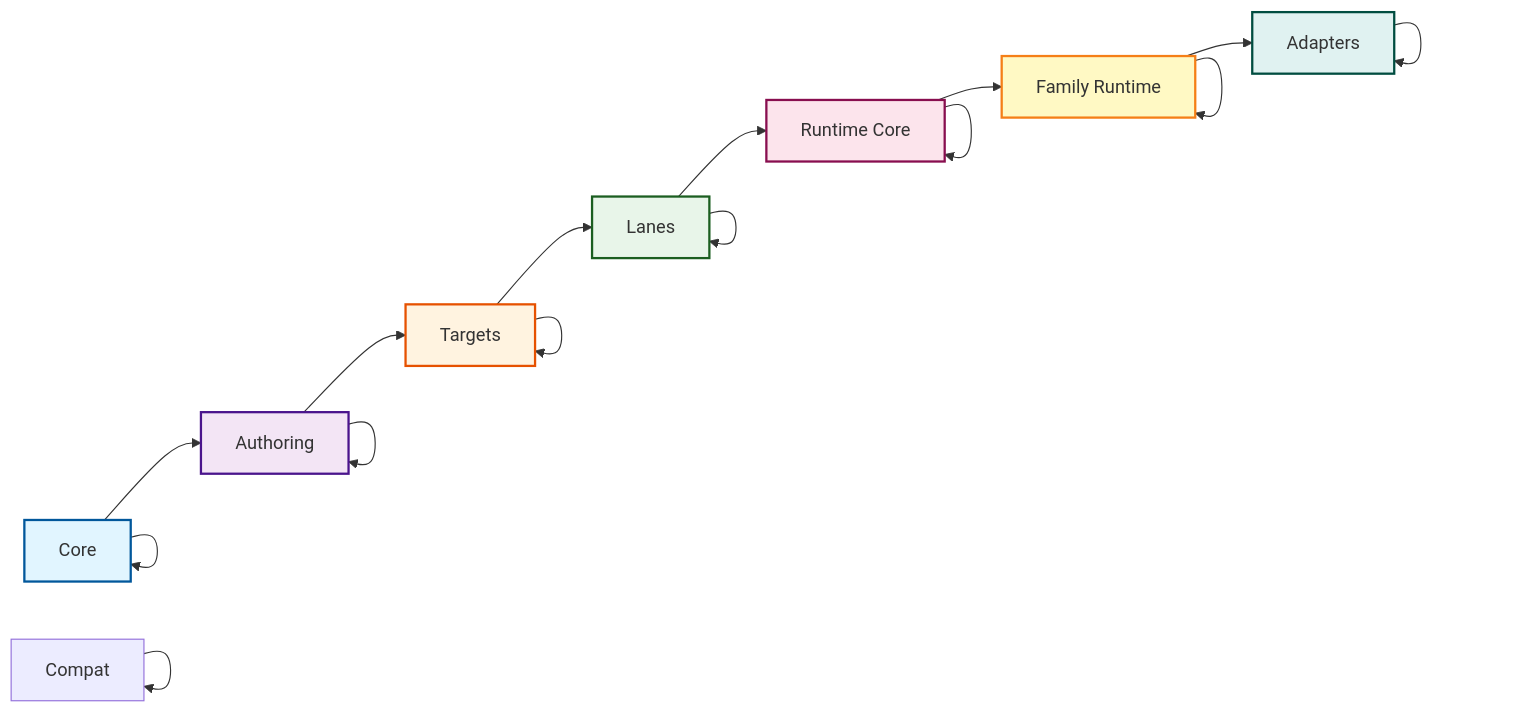
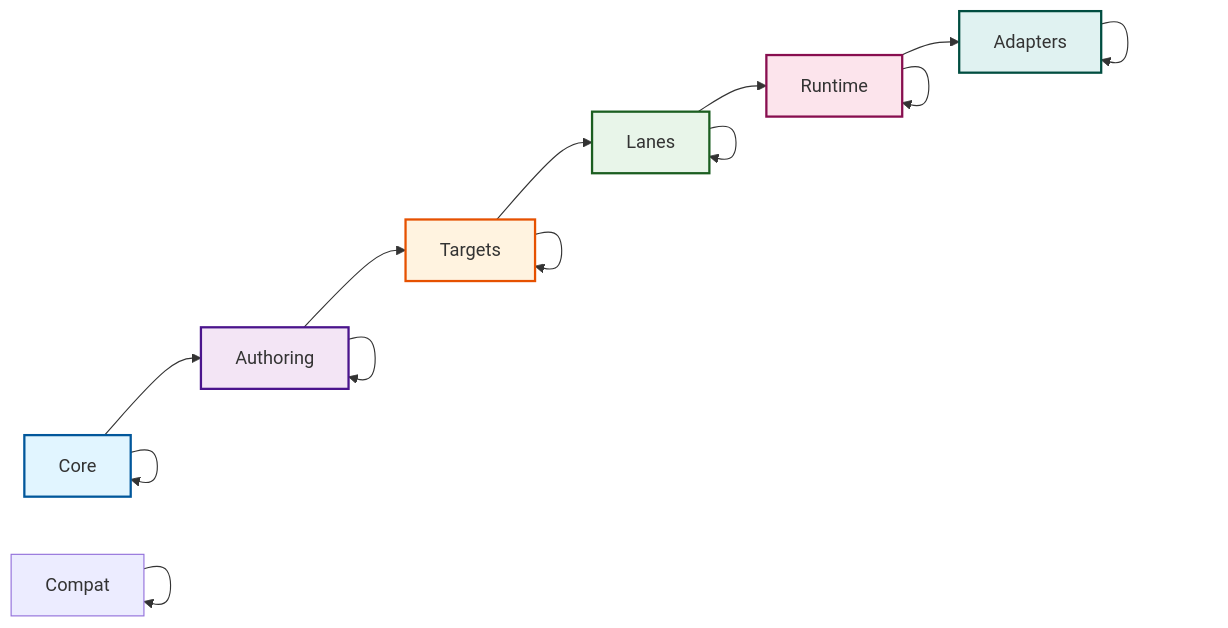
One commit to prisma/prisma-next changed the diagram in docs/architecture docs/Package-Layering.md. Above: the diagram before and after it, drawn with Mermaid. The commit also changed other lines of this file and 1 other file, not shown here.

First line of the commit message:
docs(layering): update Package-Layering and Package Naming Conventions for single-tier runtime

````diff
--- a/docs/architecture docs/Package-Layering.md
+++ b/docs/architecture docs/Package-Layering.md
@@ -188,27 +184,24 @@
 ```mermaid
 graph LR
   Core[Core] --> Authoring
   Authoring --> Targets
   Targets --> Lanes
-  Lanes --> RuntimeCore[Runtime Core]
-  RuntimeCore --> FamilyRuntime[Family Runtime]
-  FamilyRuntime --> Adapters
+  Lanes --> Runtime
+  Runtime --> Adapters
 
   %% lateral relationships (same ring) shown as loops
   Core --> Core
   Authoring --> Authoring
   Targets --> Targets
   Lanes --> Lanes
-  RuntimeCore --> RuntimeCore
-  FamilyRuntime --> FamilyRuntime
+  Runtime --> Runtime
   Adapters --> Adapters
   Compat --> Compat
 
   style Core fill:#e1f5ff,stroke:#01579b,stroke-width:2px
   style Authoring fill:#f3e5f5,stroke:#4a148c,stroke-width:2px
   style Targets fill:#fff3e0,stroke:#e65100,stroke-width:2px
   style Lanes fill:#e8f5e9,stroke:#1b5e20,stroke-width:2px
-  style RuntimeCore fill:#fce4ec,stroke:#880e4f,stroke-width:2px
-  style FamilyRuntime fill:#fff9c4,stroke:#f57f17,stroke-width:2px
+  style Runtime fill:#fce4ec,stroke:#880e4f,stroke-width:2px
   style Adapters fill:#e0f2f1,stroke:#004d40,stroke-width:2px
 ```
````
